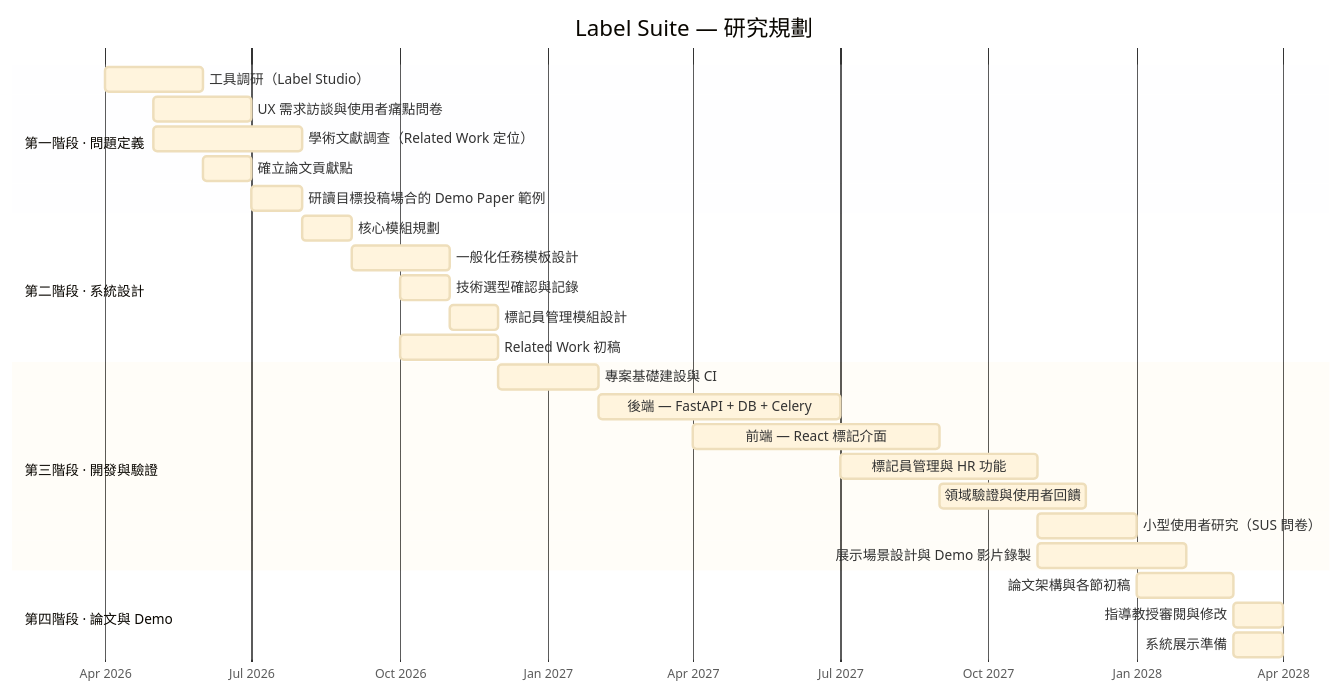
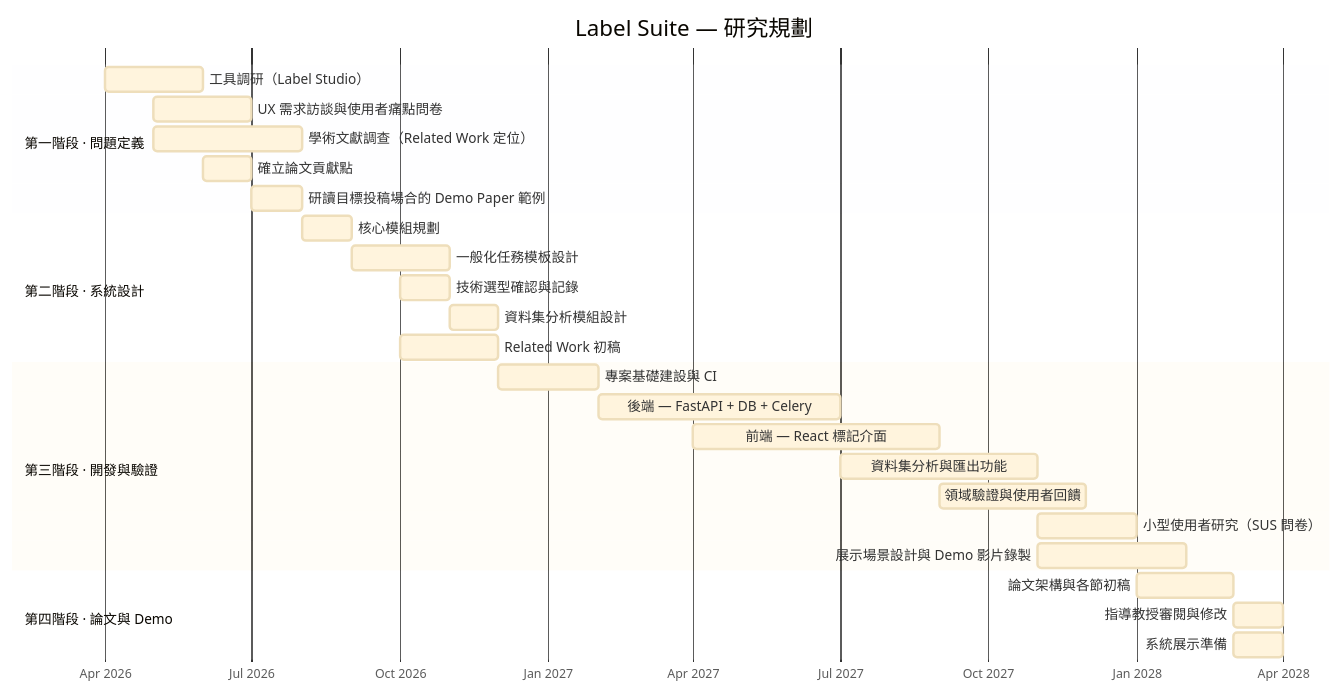
Before and after one commit to singyichen/label-suite: the diagram in README.zh-TW.md, drawn with Mermaid. The commit also changed other lines of this file and 27 other files, not shown here.

````diff
--- a/README.zh-TW.md
+++ b/README.zh-TW.md
@@ -104,46 +99,46 @@
 ```mermaid
 %%{init: {
   "theme": "base",
   "themeVariables": {
     "cScale0": "#3B82F6",
     "cScale1": "#8B5CF6",
     "cScale2": "#10B981",
     "cScale3": "#F59E0B",
     "gridColor": "#E5E7EB",
     "todayLineColor": "#EF4444",
     "fontSize": "14px"
   }
 }}%%
 gantt
     title Label Suite — 研究規劃
     dateFormat  YYYY-MM-DD
     axisFormat  %b %Y
 
     section 第一階段 · 問題定義
     工具調研（Label Studio）                      :p1a, 2026-04-01, 2026-06-01
     UX 需求訪談與使用者痛點問卷                   :p1d, 2026-05-01, 2026-07-01
     學術文獻調查（Related Work 定位）             :p1e, 2026-05-01, 2026-08-01
     確立論文貢獻點                               :p1b, 2026-06-01, 2026-07-01
     研讀目標投稿場合的 Demo Paper 範例            :p1c, 2026-07-01, 2026-08-01
 
     section 第二階段 · 系統設計
     核心模組規劃                                 :p2a, 2026-08-01, 2026-09-01
     一般化任務模板設計                           :p2b, 2026-09-01, 2026-11-01
     技術選型確認與記錄                           :p2c, 2026-10-01, 2026-11-01
-    標記員管理模組設計                           :p2d, 2026-11-01, 2026-12-01
+    資料集分析模組設計                           :p2d, 2026-11-01, 2026-12-01
     Related Work 初稿                           :p2e, 2026-10-01, 2026-12-01
 
     section 第三階段 · 開發與驗證
     專案基礎建設與 CI                            :p3a, 2026-12-01, 2027-02-01
     後端 — FastAPI + DB + Celery                :p3b, 2027-02-01, 2027-07-01
     前端 — React 標記介面                       :p3c, 2027-04-01, 2027-09-01
-    標記員管理與 HR 功能                         :p3d, 2027-07-01, 2027-11-01
+    資料集分析與匯出功能                         :p3d, 2027-07-01, 2027-11-01
     領域驗證與使用者回饋                         :p3e, 2027-09-01, 2027-12-01
     小型使用者研究（SUS 問卷）                   :p3g, 2027-11-01, 2028-01-01
     展示場景設計與 Demo 影片錄製                 :p3h, 2027-11-01, 2028-02-01
 
     section 第四階段 · 論文與 Demo
     論文架構與各節初稿                           :p4a, 2028-01-01, 2028-03-01
     指導教授審閱與修改                           :p4b, 2028-03-01, 2028-04-01
     系統展示準備                                 :p4c, 2028-03-01, 2028-04-01
 ```
````
